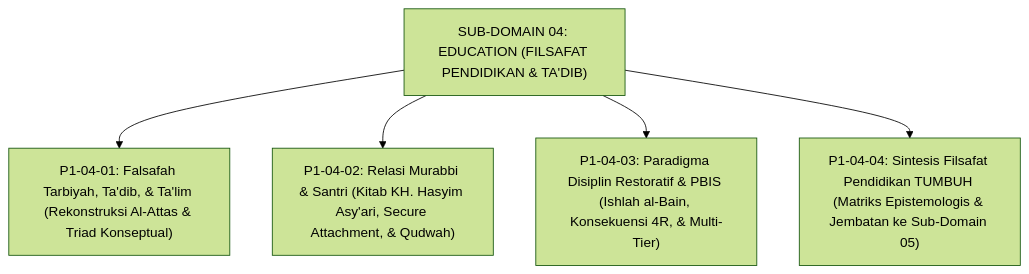
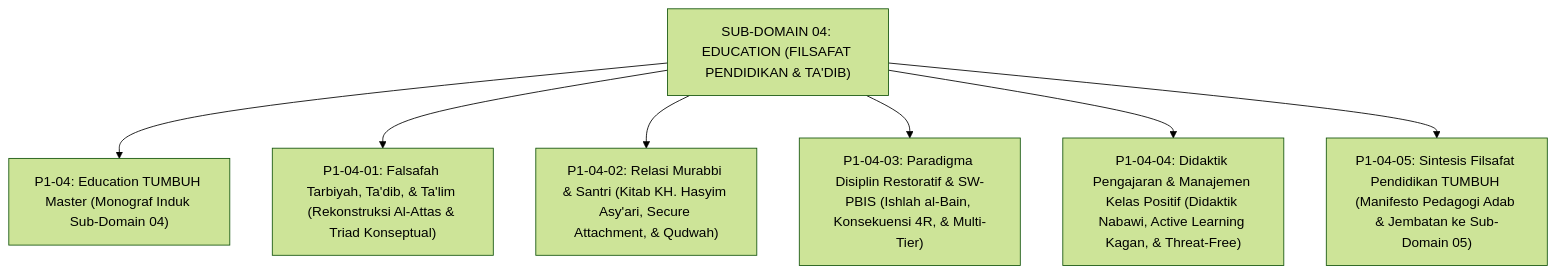
One commit to wandiapriliyandi/tumbuh changed the diagram in 01 Philosophy/04 Education/README.md. Above: the diagram before and after it, drawn with Mermaid (forest theme). The commit also changed other lines of this file and 31 other files, not shown here.

Commit message:
feat(philosophy): complete 100% comprehensive monographs for Sub-Domain 03, 04, 05, and 06 in 01 Philosophy

````diff
--- a/01 Philosophy/04 Education/README.md
+++ b/01 Philosophy/04 Education/README.md
@@ -14,9 +14,11 @@
 ```mermaid
 graph TD
     Education["SUB-DOMAIN 04: EDUCATION (FILSAFAT PENDIDIKAN & TA'DIB)"]
     
+    Education --> Master["P1-04: Education TUMBUH Master (Monograf Induk Sub-Domain 04)"]
     Education --> M1["P1-04-01: Falsafah Tarbiyah, Ta'dib, & Ta'lim (Rekonstruksi Al-Attas & Triad Konseptual)"]
     Education --> M2["P1-04-02: Relasi Murabbi & Santri (Kitab KH. Hasyim Asy'ari, Secure Attachment, & Qudwah)"]
-    Education --> M3["P1-04-03: Paradigma Disiplin Restoratif & PBIS (Ishlah al-Bain, Konsekuensi 4R, & Multi-Tier)"]
-    Education --> M4["P1-04-04: Sintesis Filsafat Pendidikan TUMBUH (Matriks Epistemologis & Jembatan ke Sub-Domain 05)"]
+    Education --> M3["P1-04-03: Paradigma Disiplin Restoratif & SW-PBIS (Ishlah al-Bain, Konsekuensi 4R, & Multi-Tier)"]
+    Education --> M4["P1-04-04: Didaktik Pengajaran & Manajemen Kelas Positif (Didaktik Nabawi, Active Learning Kagan, & Threat-Free)"]
+    Education --> M5["P1-04-05: Sintesis Filsafat Pendidikan TUMBUH (Manifesto Pedagogi Adab & Jembatan ke Sub-Domain 05)"]
 ```
````
